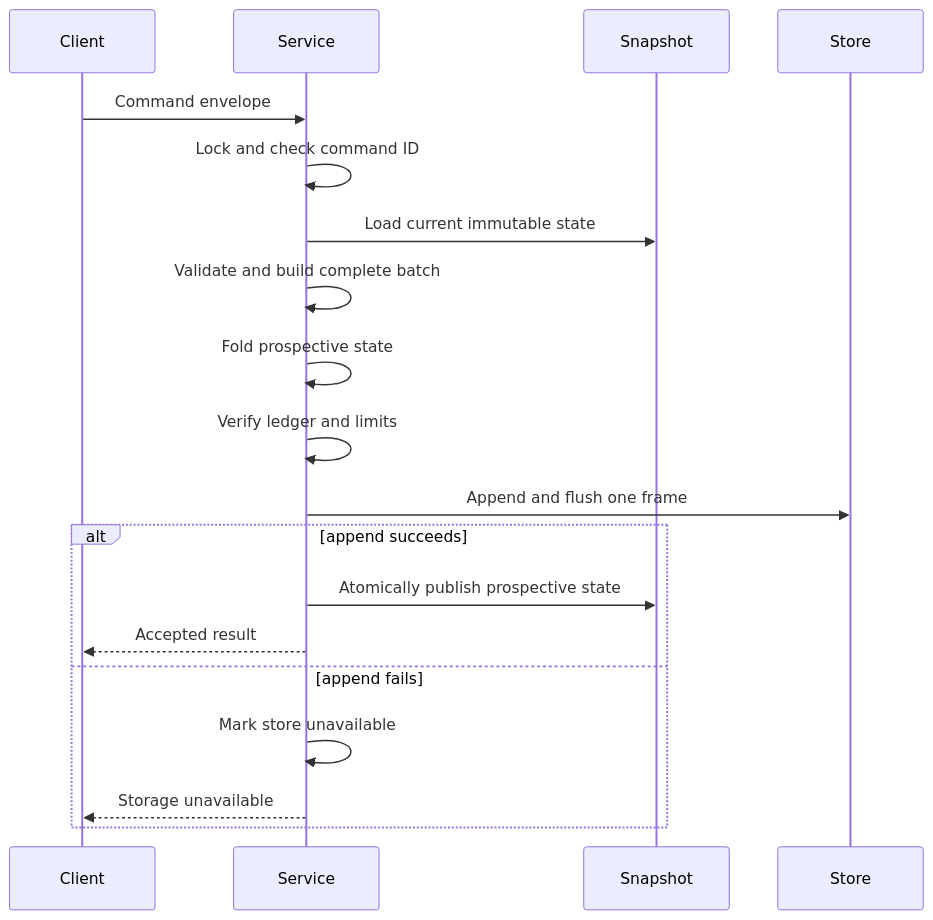
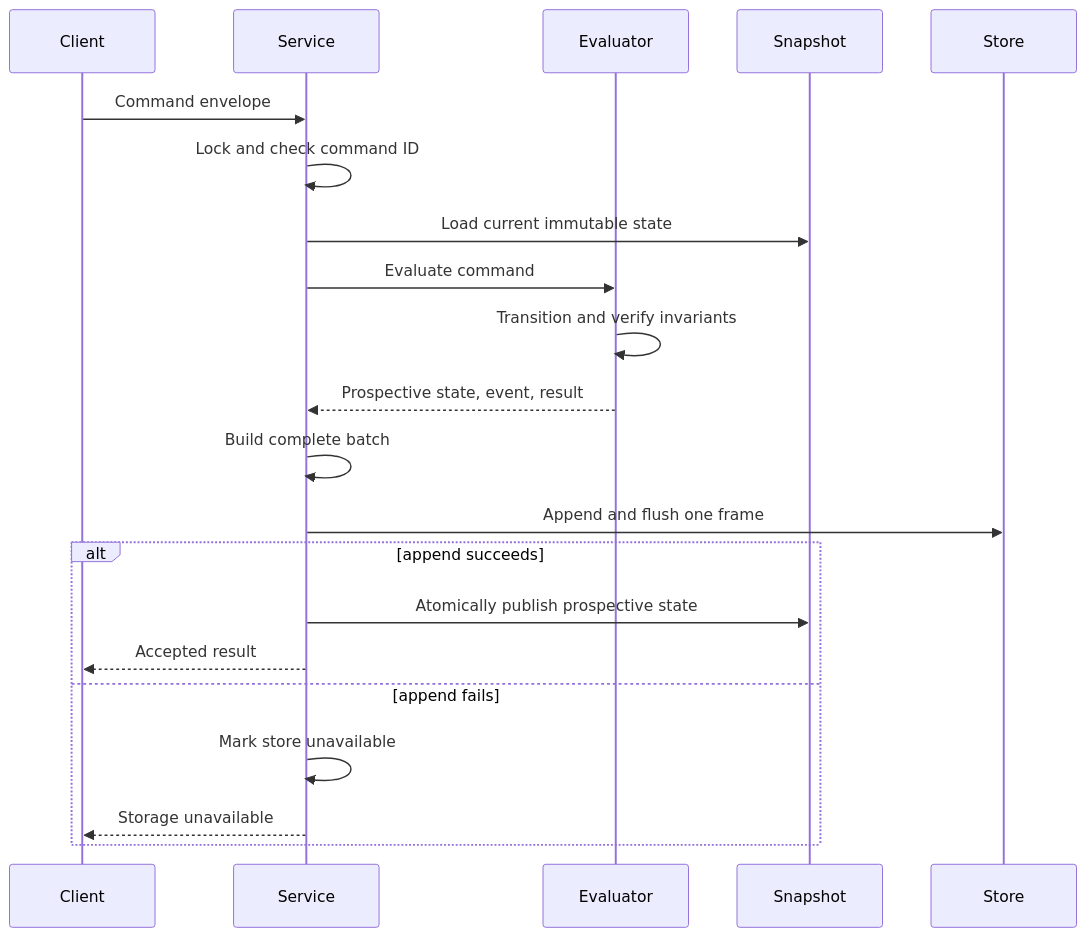
One commit to Elia-Youssef/backbook-demo changed the diagram in docs/architecture.md. Above: the diagram before and after it, drawn with Mermaid. The commit also changed other lines of this file and 71 other files, not shown here.

````diff
--- a/docs/architecture.md
+++ b/docs/architecture.md
@@ -24,22 +40,24 @@
 ```mermaid
 sequenceDiagram
     participant Client
     participant Service
+    participant Evaluator
     participant Snapshot
     participant Store
 
     Client->>Service: Command envelope
     Service->>Service: Lock and check command ID
     Service->>Snapshot: Load current immutable state
-    Service->>Service: Validate and build complete batch
-    Service->>Service: Fold prospective state
-    Service->>Service: Verify ledger and limits
+    Service->>Evaluator: Evaluate command
+    Evaluator->>Evaluator: Transition and verify invariants
+    Evaluator-->>Service: Prospective state, event, result
+    Service->>Service: Build complete batch
     Service->>Store: Append and flush one frame
     alt append succeeds
         Service->>Snapshot: Atomically publish prospective state
         Service-->>Client: Accepted result
     else append fails
         Service->>Service: Mark store unavailable
         Service-->>Client: Storage unavailable
     end
 ```
````
